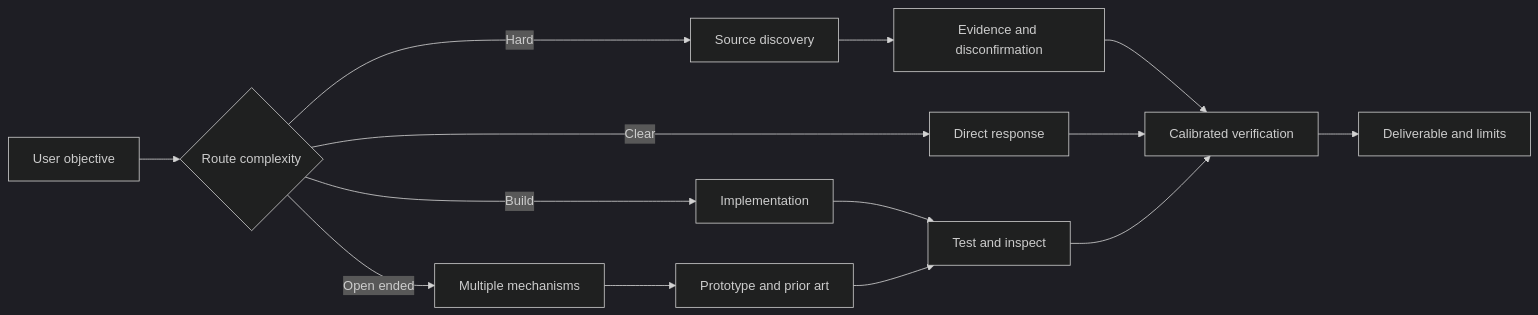
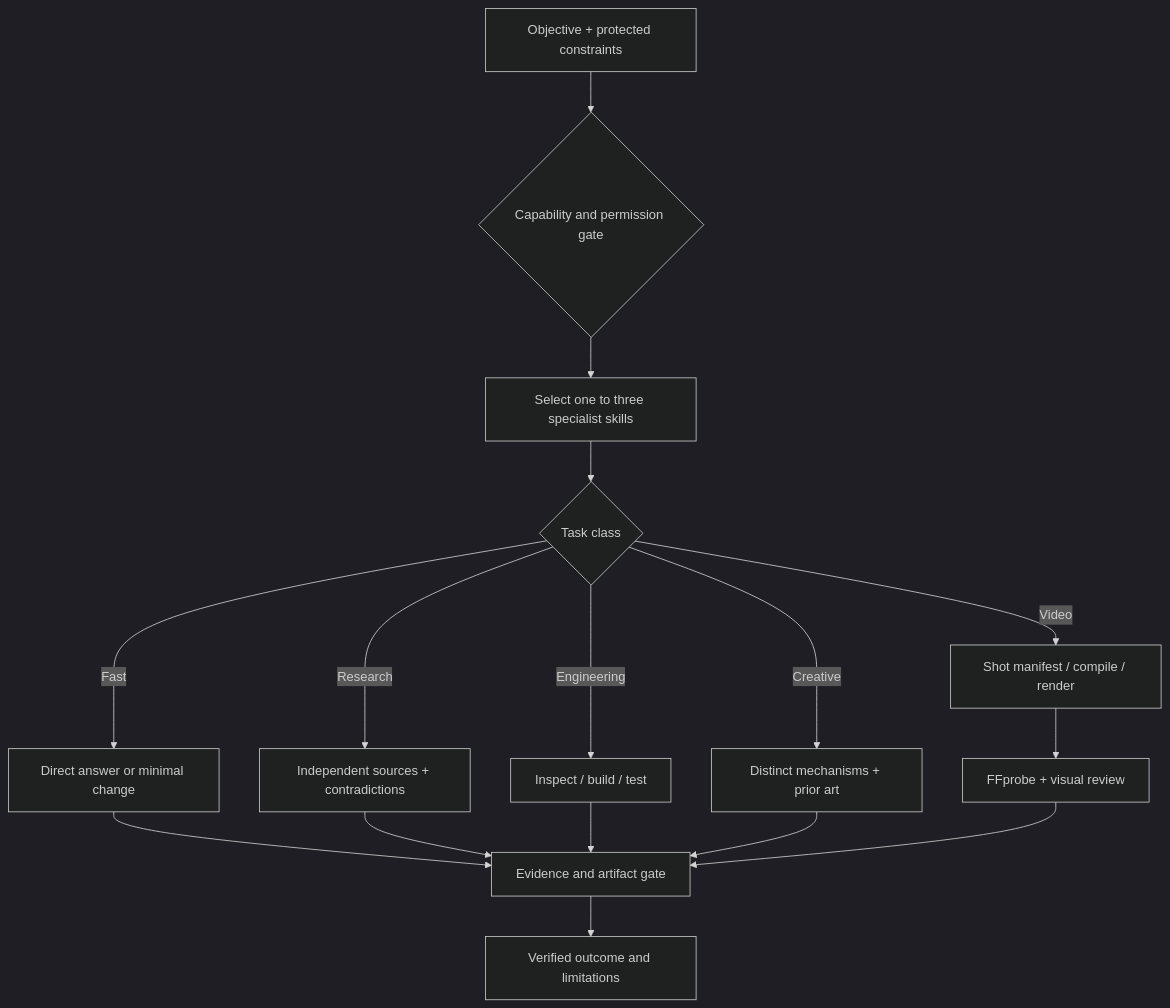
The diagram in README.md (Blurry-hash/parallax-intelligence-engine), drawn with Mermaid (dark theme) before and after one commit. The commit also changed other lines of this file and 81 other files, not shown here.

Commit message:
release: PARALLAX v10.0 — 77 skills, video pipeline, validated runtime

````diff
--- a/README.md
+++ b/README.md
@@ -37,16 +15,18 @@
 ```mermaid
-flowchart LR
-   GOAL[User objective] --> ROUTE{Route complexity}
-   ROUTE -->|Clear| FAST[Direct response]
-   ROUTE -->|Hard| SEARCH[Source discovery]
-   ROUTE -->|Open ended| IDEATE[Multiple mechanisms]
-   SEARCH --> CHECK[Evidence and disconfirmation]
-   IDEATE --> PROTO[Prototype and prior art]
-   ROUTE -->|Build| IMPLEMENT[Implementation]
-   IMPLEMENT --> TEST[Test and inspect]
-   PROTO --> TEST
-   CHECK --> VERIFY[Calibrated verification]
-   FAST --> VERIFY
-   TEST --> VERIFY
-   VERIFY --> RESULT[Deliverable and limits]
+flowchart TD
+    A[Objective + protected constraints] --> B{Capability and permission gate}
+    B --> C[Select one to three specialist skills]
+    C --> D{Task class}
+    D -->|Fast| E[Direct answer or minimal change]
+    D -->|Research| F[Independent sources + contradictions]
+    D -->|Engineering| G[Inspect / build / test]
+    D -->|Creative| H[Distinct mechanisms + prior art]
+    D -->|Video| I[Shot manifest / compile / render]
+    E --> J[Evidence and artifact gate]
+    F --> J
+    G --> J
+    H --> J
+    I --> K[FFprobe + visual review]
+    K --> J
+    J --> L[Verified outcome and limitations]
 ```
````
